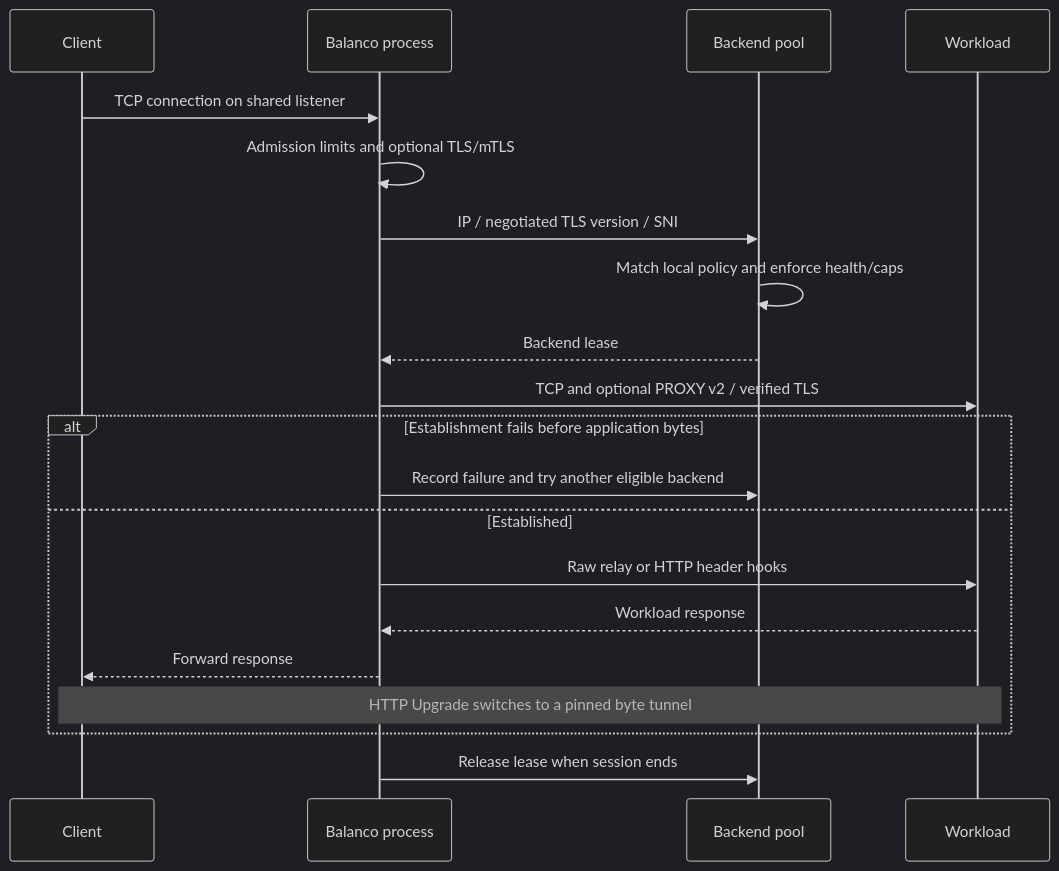
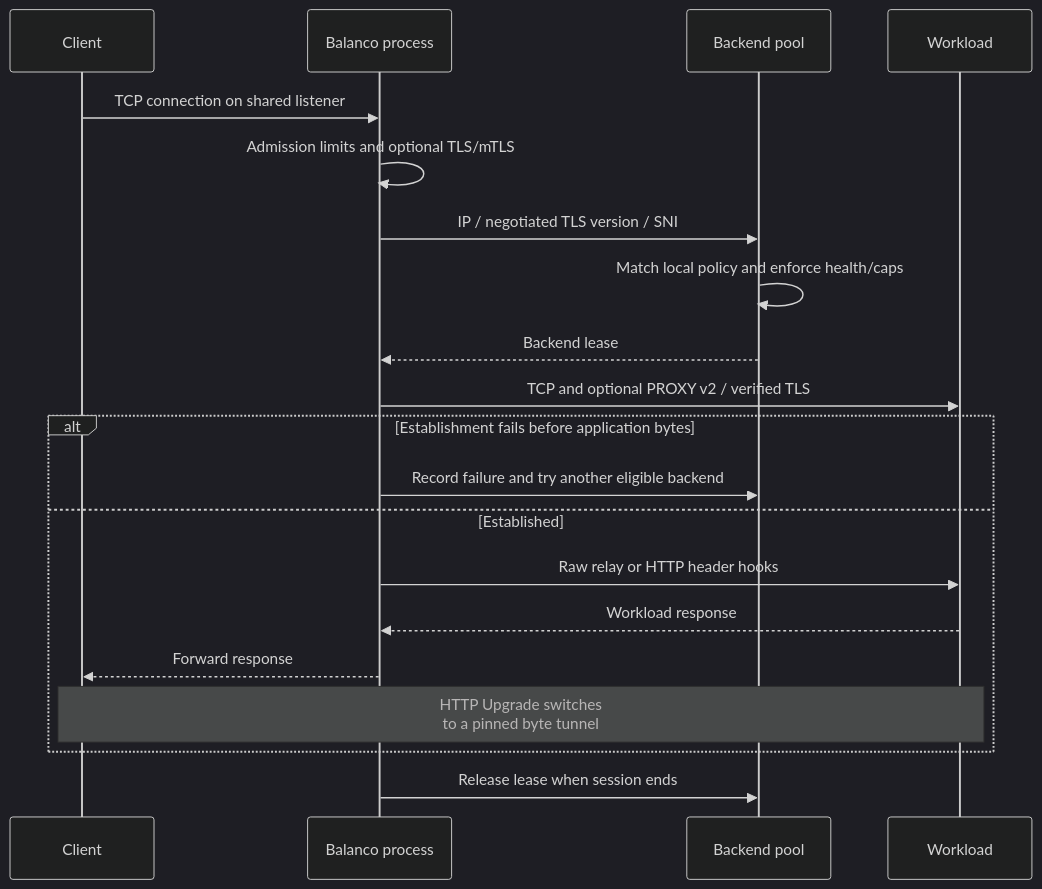
The third of 4 diagrams in docs/diagrams.md (tsener/balanco), drawn with Mermaid (dark theme) before and after one commit. The commit also changed other lines of this file, not shown here.

Commit message:
Keep sequence diagram notes readable

````diff
--- a/docs/diagrams.md
+++ b/docs/diagrams.md
@@ -92,22 +92,22 @@
 ```mermaid
 sequenceDiagram
     participant C as Client
     participant P as Balanco process
     participant S as Backend pool
     participant B as Workload
     C->>P: TCP connection on shared listener
     P->>P: Admission limits and optional TLS/mTLS
     P->>S: IP / negotiated TLS version / SNI
     S->>S: Match local policy and enforce health/caps
     S-->>P: Backend lease
     P->>B: TCP and optional PROXY v2 / verified TLS
     alt Establishment fails before application bytes
         P->>S: Record failure and try another eligible backend
     else Established
         P->>B: Raw relay or HTTP header hooks
         B-->>P: Workload response
         P-->>C: Forward response
-        Note over C,B: HTTP Upgrade switches to a pinned byte tunnel
+        Note over C,B: HTTP Upgrade switches<br/>to a pinned byte tunnel
     end
     P->>S: Release lease when session ends
 ```
````
